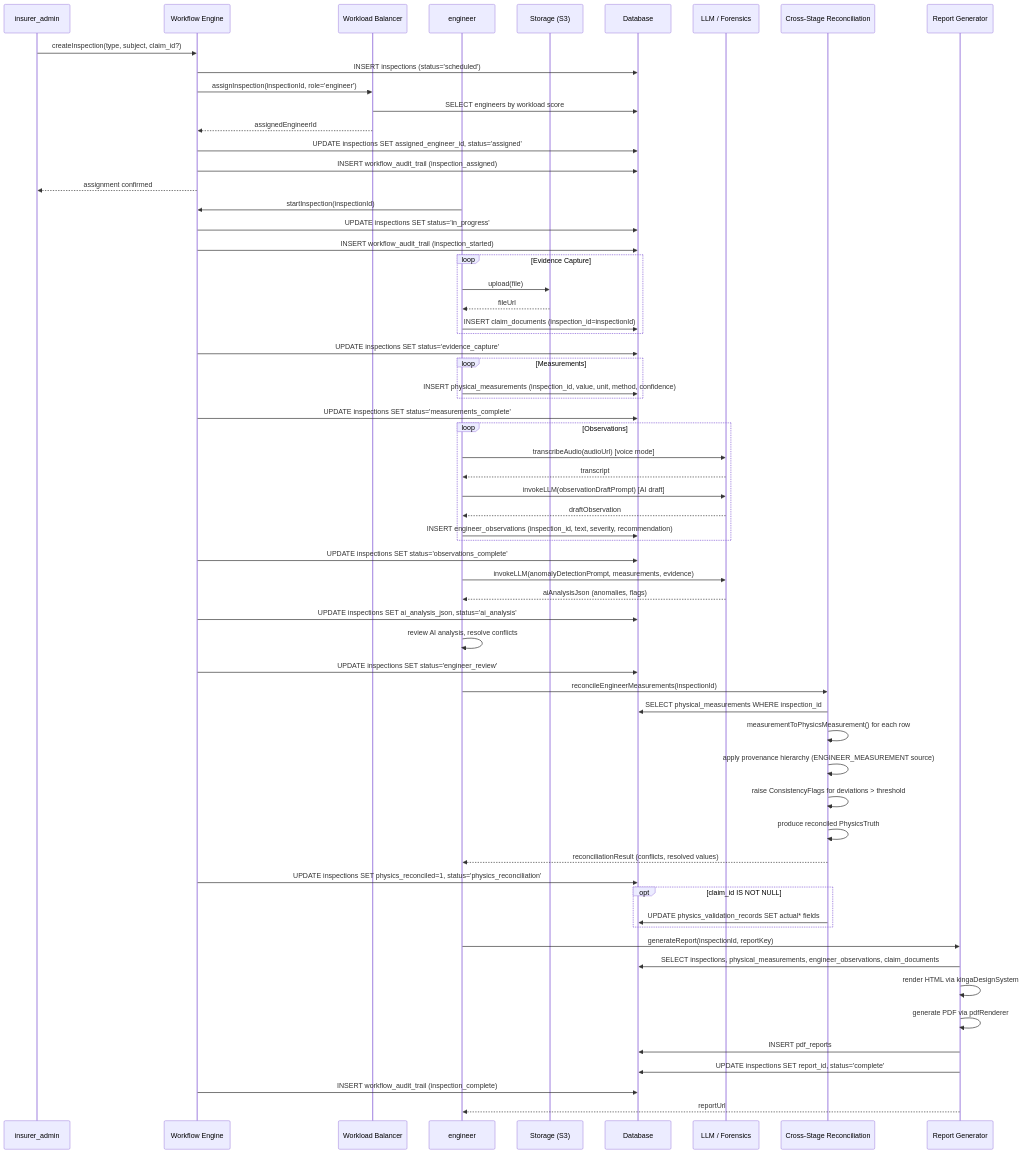
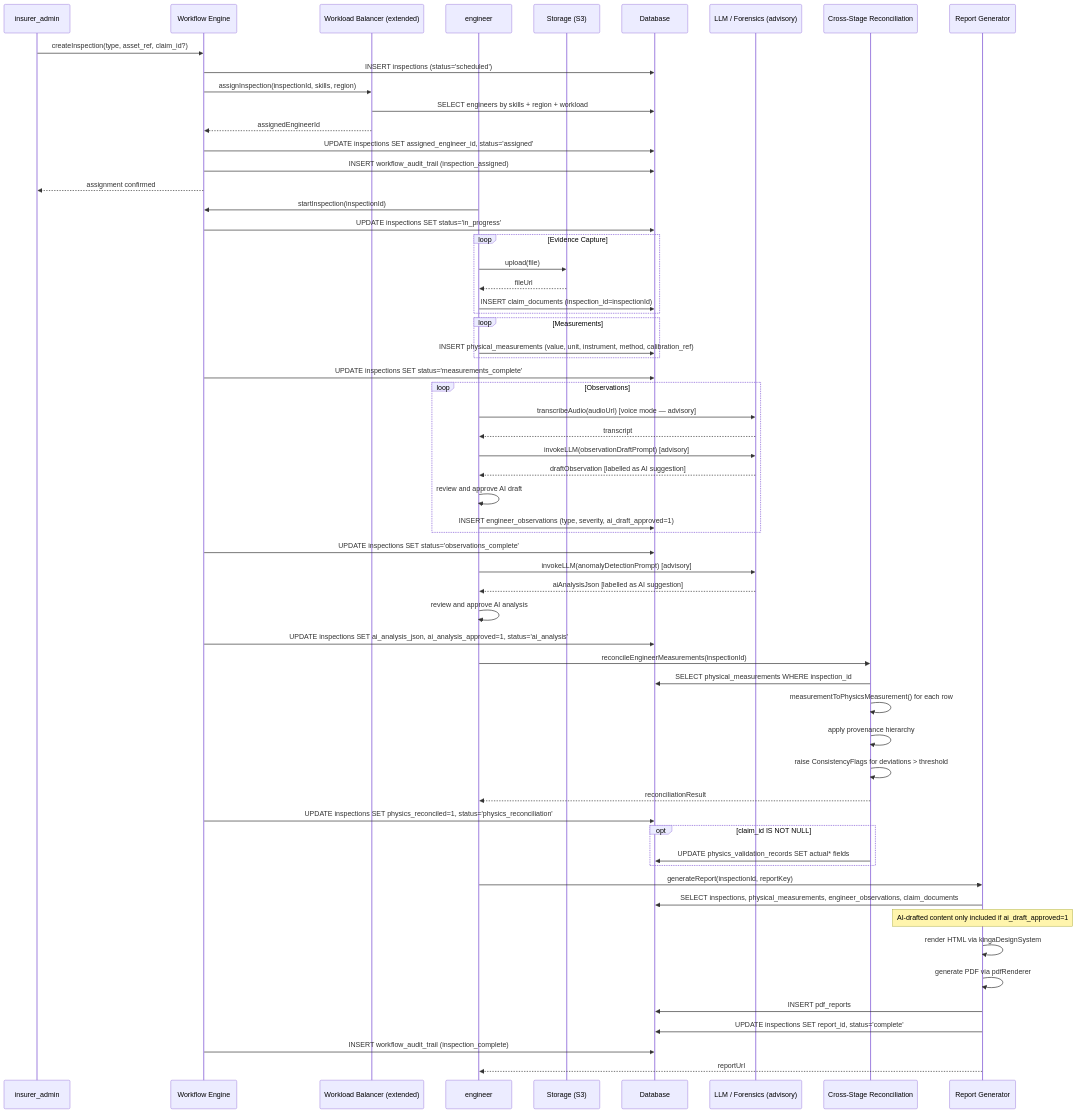
One commit to Tavshok/KINGA changed the first of 3 diagrams in docs/KINGA-Epic3-Technical-Design-Specification.md. Above: the diagram before and after it, drawn with Mermaid. The commit also changed other lines of this file and 1 other file, not shown here.

````diff
--- a/docs/KINGA-Epic3-Technical-Design-Specification.md
+++ b/docs/KINGA-Epic3-Technical-Design-Specification.md
@@ -698,75 +735,72 @@
 ```mermaid
 sequenceDiagram
     participant Admin as insurer_admin
     participant WE as Workflow Engine
-    participant WB as Workload Balancer
+    participant WB as Workload Balancer (extended)
     participant Eng as engineer
     participant S3 as Storage (S3)
     participant DB as Database
-    participant AI as LLM / Forensics
+    participant AI as LLM / Forensics (advisory)
     participant Physics as Cross-Stage Reconciliation
     participant Report as Report Generator
 
-    Admin->>WE: createInspection(type, subject, claim_id?)
+    Admin->>WE: createInspection(type, asset_ref, claim_id?)
     WE->>DB: INSERT inspections (status='scheduled')
-    WE->>WB: assignInspection(inspectionId, role='engineer')
-    WB->>DB: SELECT engineers by workload score
+    WE->>WB: assignInspection(inspectionId, skills, region)
+    WB->>DB: SELECT engineers by skills + region + workload
     WB-->>WE: assignedEngineerId
     WE->>DB: UPDATE inspections SET assigned_engineer_id, status='assigned'
     WE->>DB: INSERT workflow_audit_trail (inspection_assigned)
     WE-->>Admin: assignment confirmed
 
     Eng->>WE: startInspection(inspectionId)
     WE->>DB: UPDATE inspections SET status='in_progress'
-    WE->>DB: INSERT workflow_audit_trail (inspection_started)
 
     loop Evidence Capture
         Eng->>S3: upload(file)
         S3-->>Eng: fileUrl
         Eng->>DB: INSERT claim_documents (inspection_id=inspectionId)
     end
-    WE->>DB: UPDATE inspections SET status='evidence_capture'
 
     loop Measurements
-        Eng->>DB: INSERT physical_measurements (inspection_id, value, unit, method, confidence)
+        Eng->>DB: INSERT physical_measurements (value, unit, instrument, method, calibration_ref)
     end
     WE->>DB: UPDATE inspections SET status='measurements_complete'
 
     loop Observations
-        Eng->>AI: transcribeAudio(audioUrl) [voice mode]
+        Eng->>AI: transcribeAudio(audioUrl) [voice mode — advisory]
         AI-->>Eng: transcript
-        Eng->>AI: invokeLLM(observationDraftPrompt) [AI draft]
-        AI-->>Eng: draftObservation
-        Eng->>DB: INSERT engineer_observations (inspection_id, text, severity, recommendation)
+        Eng->>AI: invokeLLM(observationDraftPrompt) [advisory]
+        AI-->>Eng: draftObservation [labelled as AI suggestion]
+        Eng->>Eng: review and approve AI draft
+        Eng->>DB: INSERT engineer_observations (type, severity, ai_draft_approved=1)
     end
     WE->>DB: UPDATE inspections SET status='observations_complete'
 
-    Eng->>AI: invokeLLM(anomalyDetectionPrompt, measurements, evidence)
-    AI-->>Eng: aiAnalysisJson (anomalies, flags)
-    WE->>DB: UPDATE inspections SET ai_analysis_json, status='ai_analysis'
-
-    Eng->>Eng: review AI analysis, resolve conflicts
-    WE->>DB: UPDATE inspections SET status='engineer_review'
+    Eng->>AI: invokeLLM(anomalyDetectionPrompt) [advisory]
+    AI-->>Eng: aiAnalysisJson [labelled as AI suggestion]
+    Eng->>Eng: review and approve AI analysis
+    WE->>DB: UPDATE inspections SET ai_analysis_json, ai_analysis_approved=1, status='ai_analysis'
 
     Eng->>Physics: reconcileEngineerMeasurements(inspectionId)
     Physics->>DB: SELECT physical_measurements WHERE inspection_id
     Physics->>Physics: measurementToPhysicsMeasurement() for each row
-    Physics->>Physics: apply provenance hierarchy (ENGINEER_MEASUREMENT source)
+    Physics->>Physics: apply provenance hierarchy
     Physics->>Physics: raise ConsistencyFlags for deviations > threshold
-    Physics->>Physics: produce reconciled PhysicsTruth
-    Physics-->>Eng: reconciliationResult (conflicts, resolved values)
+    Physics-->>Eng: reconciliationResult
     WE->>DB: UPDATE inspections SET physics_reconciled=1, status='physics_reconciliation'
 
     opt claim_id IS NOT NULL
         Physics->>DB: UPDATE physics_validation_records SET actual* fields
     end
 
     Eng->>Report: generateReport(inspectionId, reportKey)
     Report->>DB: SELECT inspections, physical_measurements, engineer_observations, claim_documents
+    Note over Report: AI-drafted content only included if ai_draft_approved=1
     Report->>Report: render HTML via kingaDesignSystem
     Report->>Report: generate PDF via pdfRenderer
     Report->>DB: INSERT pdf_reports
     Report->>DB: UPDATE inspections SET report_id, status='complete'
     WE->>DB: INSERT workflow_audit_trail (inspection_complete)
     Report-->>Eng: reportUrl
 ```
````
